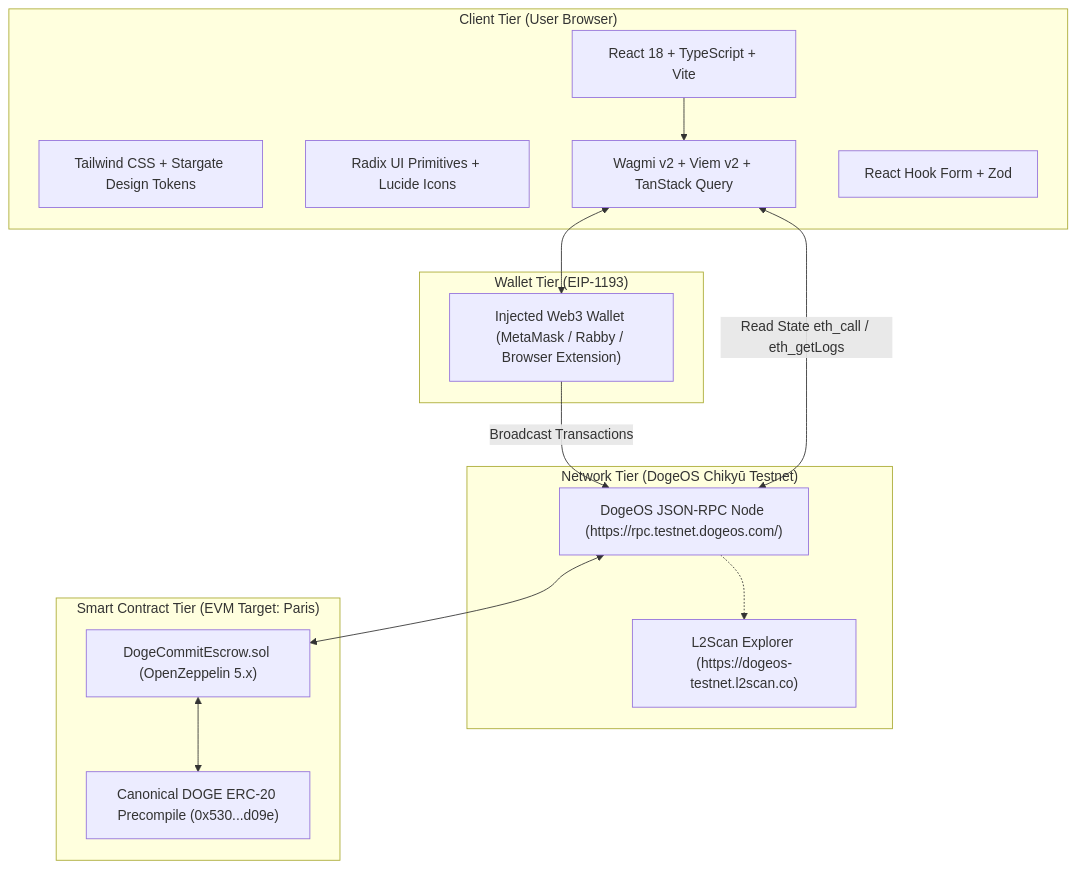
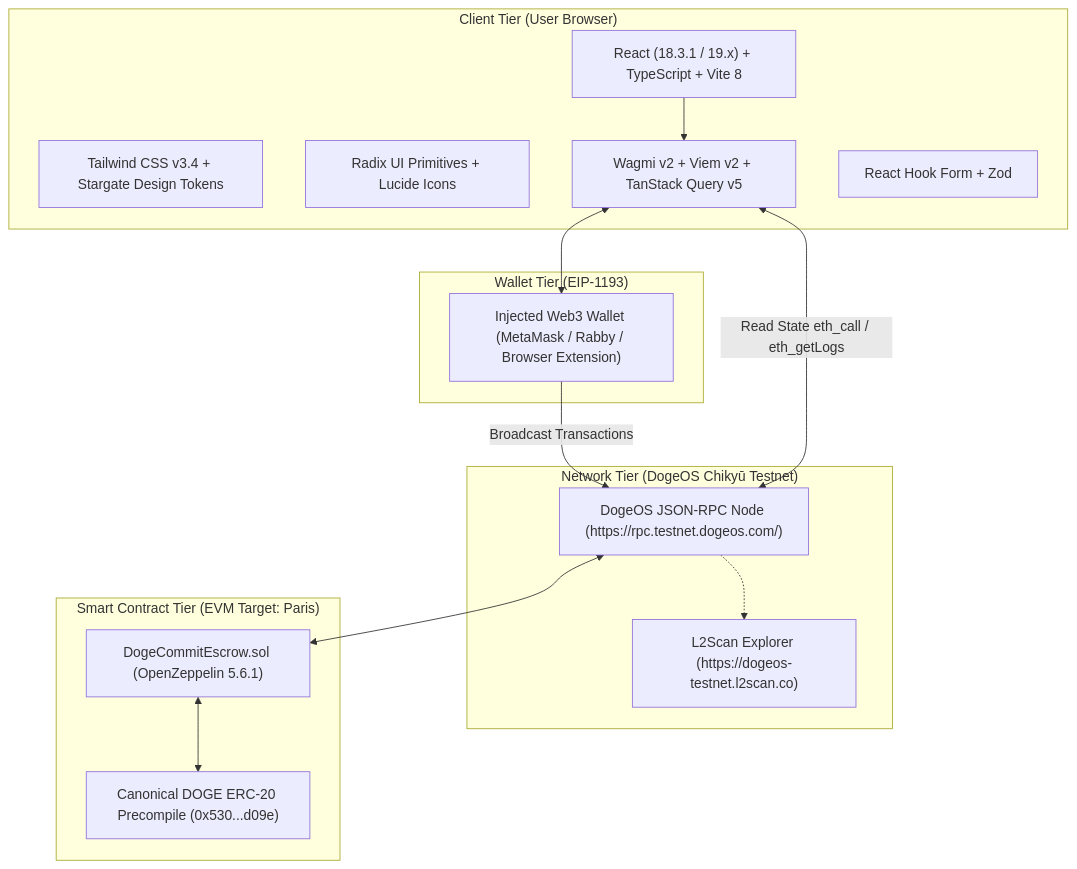
Before and after one commit to sumitkr121003/DogeCommit: the first of 2 diagrams in DogeCommit-Blueprint/TECH-STACK.md, drawn with Mermaid. The commit also changed other lines of this file, not shown here.

Commit message:
docs: finalize frontend tech stack blueprint

````diff
--- a/DogeCommit-Blueprint/TECH-STACK.md
+++ b/DogeCommit-Blueprint/TECH-STACK.md
@@ -20,32 +20,32 @@
 ```mermaid
 flowchart TD
     subgraph ClientSide["Client Tier (User Browser)"]
-        UI["React 18 + TypeScript + Vite"]
-        Styling["Tailwind CSS + Stargate Design Tokens"]
+        UI["React (18.3.1 / 19.x) + TypeScript + Vite 8"]
+        Styling["Tailwind CSS v3.4 + Stargate Design Tokens"]
         Primitives["Radix UI Primitives + Lucide Icons"]
-        Web3["Wagmi v2 + Viem v2 + TanStack Query"]
+        Web3["Wagmi v2 + Viem v2 + TanStack Query v5"]
         Validation["React Hook Form + Zod"]
     end
 
     subgraph WalletTier["Wallet Tier (EIP-1193)"]
         Wallet["Injected Web3 Wallet (MetaMask / Rabby / Browser Extension)"]
     end
 
     subgraph NetworkTier["Network Tier (DogeOS Chikyū Testnet)"]
         RPC["DogeOS JSON-RPC Node (https://rpc.testnet.dogeos.com/)"]
         Explorer["L2Scan Explorer (https://dogeos-testnet.l2scan.co)"]
     end
 
     subgraph ContractTier["Smart Contract Tier (EVM Target: Paris)"]
-        Escrow["DogeCommitEscrow.sol (OpenZeppelin 5.x)"]
+        Escrow["DogeCommitEscrow.sol (OpenZeppelin 5.6.1)"]
         DogeToken["Canonical DOGE ERC-20 Precompile (0x530...d09e)"]
     end
 
     UI --> Web3
     Web3 <--> Wallet
     Wallet -->|Broadcast Transactions| RPC
     Web3 <-->|Read State eth_call / eth_getLogs| RPC
     RPC <--> Escrow
     Escrow <--> DogeToken
     RPC -.-> Explorer
 ```
````
